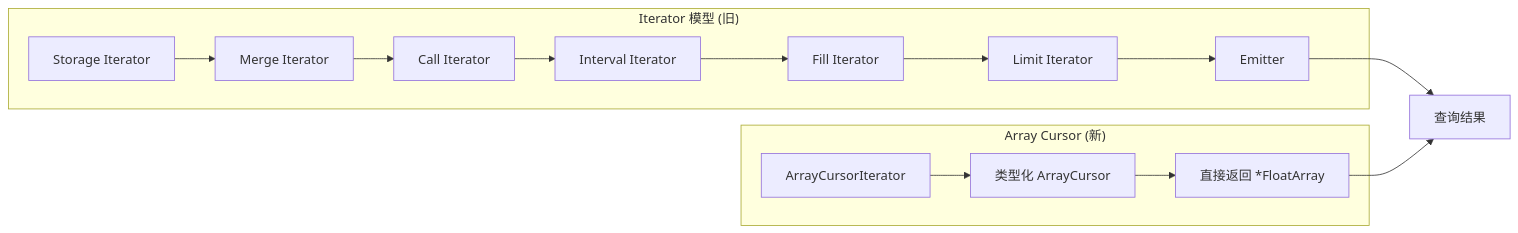
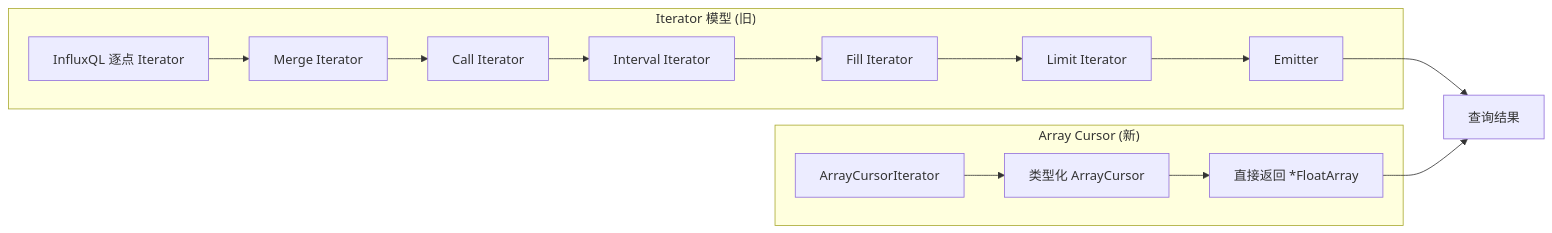
Before and after one commit to stefanv5/influxdb: the seventh of 7 diagrams in docs/specs/08_array_cursor_spec.md, drawn with Mermaid. The commit also changed other lines of this file and 16 other files, not shown here.

First line of the commit message:
docs: correct and deepen the 17 architecture specs

````diff
--- a/docs/specs/08_array_cursor_spec.md
+++ b/docs/specs/08_array_cursor_spec.md
@@ -1100,19 +1273,19 @@
 ```mermaid
 flowchart LR
     subgraph "Iterator 模型 (旧)"
-        A1["Storage Iterator"] --> A2["Merge Iterator"]
+        A1["InfluxQL 逐点 Iterator"] --> A2["Merge Iterator"]
         A2 --> A3["Call Iterator"]
         A3 --> A4["Interval Iterator"]
         A4 --> A5["Fill Iterator"]
         A5 --> A6["Limit Iterator"]
         A6 --> A7["Emitter"]
     end
 
     subgraph "Array Cursor (新)"
         B1["ArrayCursorIterator"] --> B2["类型化 ArrayCursor"]
         B2 --> B3["直接返回 *FloatArray"]
     end
 
     A7 --> C["查询结果"]
     B3 --> C
 ```
````
